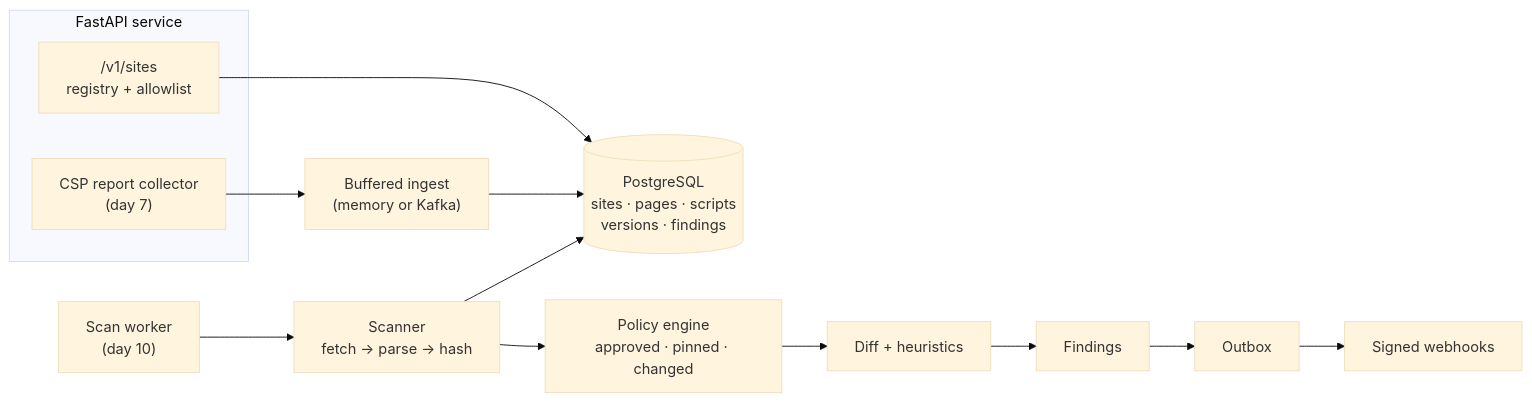
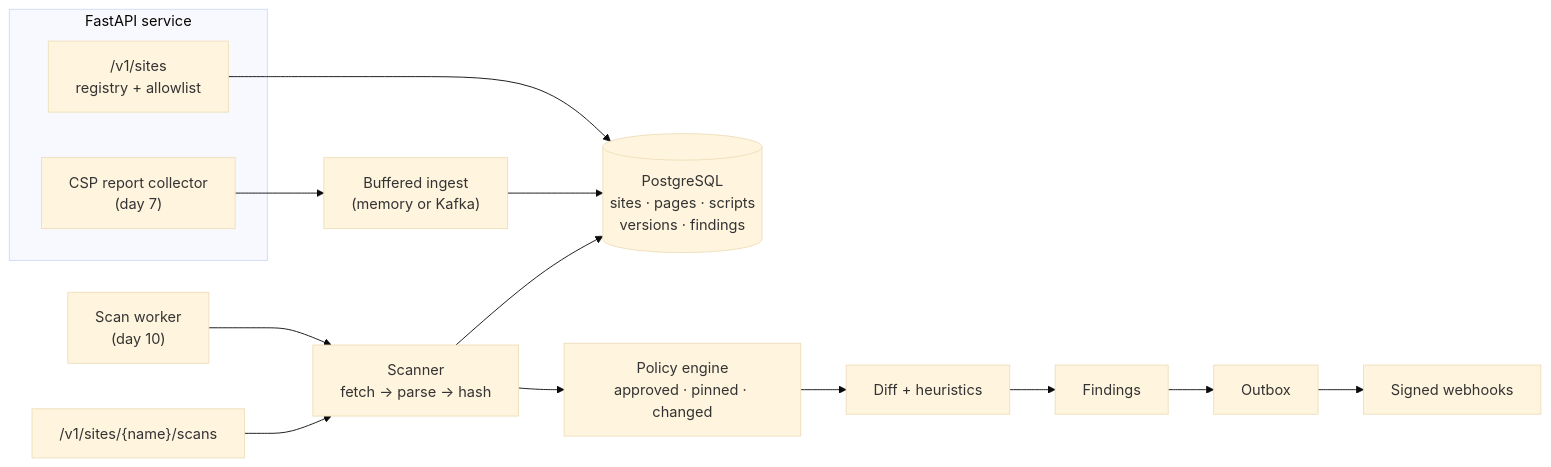
One commit to xeeshan16/script-sentinel changed the first of 2 diagrams in README.md. Above: the diagram before and after it, drawn with Mermaid (base theme). The commit also changed other lines of this file and 10 other files, not shown here.

````diff
--- a/README.md
+++ b/README.md
@@ -51,14 +53,15 @@
 ```mermaid
 flowchart LR
     subgraph API["FastAPI service"]
         sites["/v1/sites<br/>registry + allowlist"]
         csp["CSP report collector<br/>(day 7)"]
     end
     worker["Scan worker<br/>(day 10)"] --> scanner["Scanner<br/>fetch → parse → hash"]
+    scans["/v1/sites/{name}/scans"] --> scanner
     scanner --> store[("PostgreSQL<br/>sites · pages · scripts<br/>versions · findings")]
     scanner --> policy["Policy engine<br/>approved · pinned · changed"]
     policy --> diff["Diff + heuristics"]
     diff --> findings["Findings"] --> outbox["Outbox"] --> hooks["Signed webhooks"]
     sites --> store
     csp --> ingest["Buffered ingest<br/>(memory or Kafka)"] --> store
 ```
````
